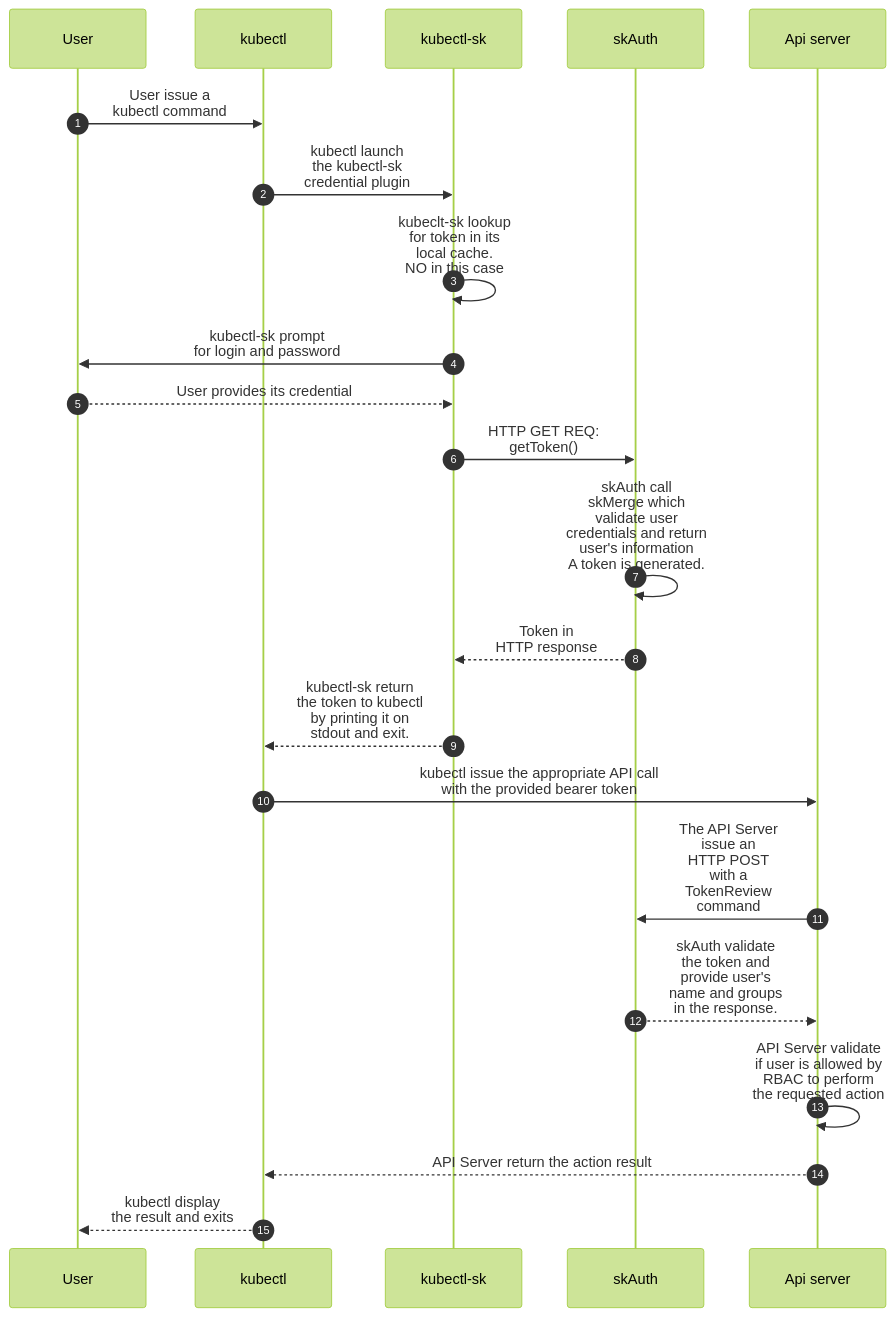
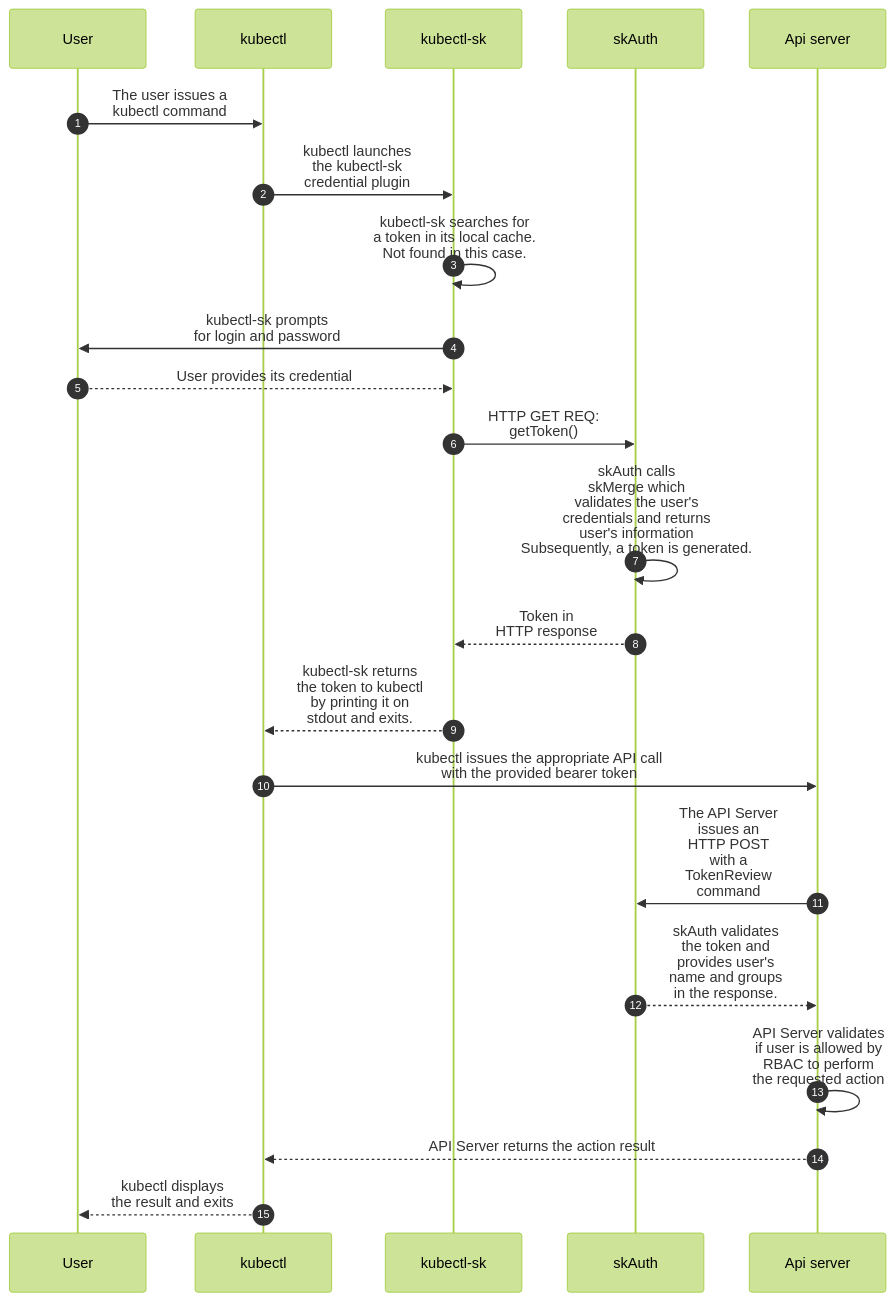
The first of 4 diagrams in docsite/docs/architecture.md (skasproject/skas), drawn with Mermaid (forest theme) before and after one commit. The commit also changed other lines of this file and 12 other files, not shown here.

````diff
--- a/docsite/docs/architecture.md
+++ b/docsite/docs/architecture.md
@@ -168,24 +173,24 @@
 ``` mermaid
 sequenceDiagram
   participant User
   participant kubectl
   participant kubectl-sk
   participant skAuth
   participant Api server
   autonumber
-  User->>kubectl: User issue a<br>kubectl command
-  kubectl->>kubectl-sk: kubectl launch<br>the kubectl-sk<br>credential plugin
-  kubectl-sk->>kubectl-sk: kubeclt-sk lookup<br>for token in its <br>local cache.<br>NO in this case
-  kubectl-sk->>User: kubectl-sk prompt<br>for login and password
+  User->>kubectl: The user issues a<br>kubectl command
+  kubectl->>kubectl-sk: kubectl launches<br>the kubectl-sk<br>credential plugin
+  kubectl-sk->>kubectl-sk: kubectl-sk searches for<br>a token in its local cache.<br> Not found in this case.
+  kubectl-sk->>User: kubectl-sk prompts<br>for login and password
   User-->>kubectl-sk: User provides its credential
   kubectl-sk->>skAuth: HTTP GET REQ:<br>getToken()
-  skAuth->>skAuth: skAuth call<br>skMerge which<br>validate user<br>credentials and return<br>user's information<br>A token is generated.
+  skAuth->>skAuth: skAuth calls<br>skMerge which<br>validates the user's<br>credentials and returns<br>user's information<br>Subsequently, a token is generated.
   skAuth-->>kubectl-sk: Token in<br>HTTP response
-  kubectl-sk-->>kubectl: kubectl-sk return<br>the token to kubectl<br>by printing it on<br>stdout and exit.
-  kubectl->>Api server: kubectl issue the appropriate API call<br>with the provided bearer token
-  Api server->>skAuth: The API Server<br>issue an<br>HTTP POST<br>with a<br>TokenReview<br>command
-  skAuth-->>Api server: skAuth validate<br>the token and <br>provide user's<br>name and groups<br>in the response.
-  Api server->>Api server: API Server validate<br>if user is allowed by<br>RBAC to perform<br>the requested action
-  Api server-->>kubectl: API Server return the action result
-  kubectl-->>User: kubectl display<br>the result and exits
+  kubectl-sk-->>kubectl: kubectl-sk returns<br>the token to kubectl<br>by printing it on<br>stdout and exits.
+  kubectl->>Api server: kubectl issues the appropriate API call<br>with the provided bearer token
+  Api server->>skAuth: The API Server<br>issues an<br>HTTP POST<br>with a<br>TokenReview<br>command
+  skAuth-->>Api server: skAuth validates<br>the token and <br>provides user's<br>name and groups<br>in the response.
+  Api server->>Api server: API Server validates<br>if user is allowed by<br>RBAC to perform<br>the requested action
+  Api server-->>kubectl: API Server returns the action result
+  kubectl-->>User: kubectl displays<br>the result and exits
 ```
````
